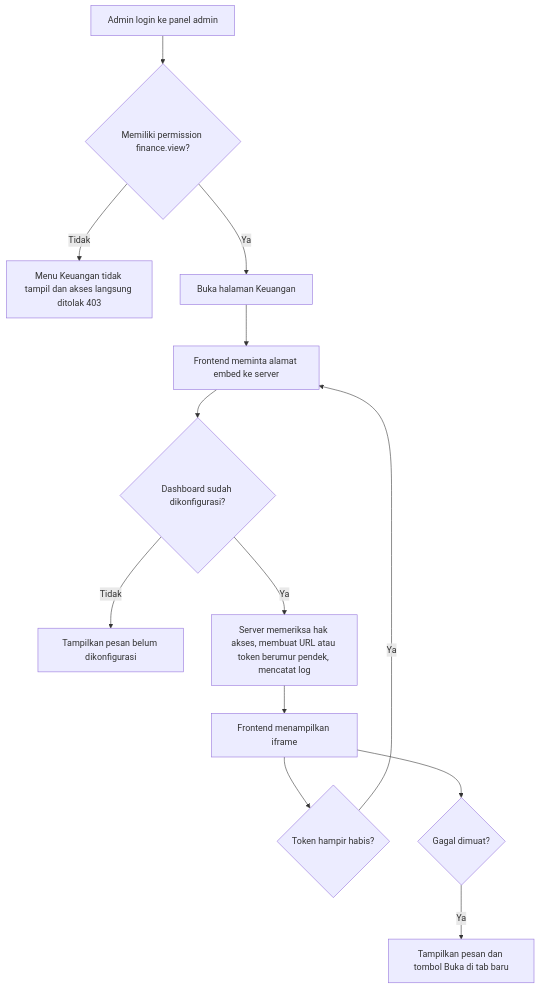
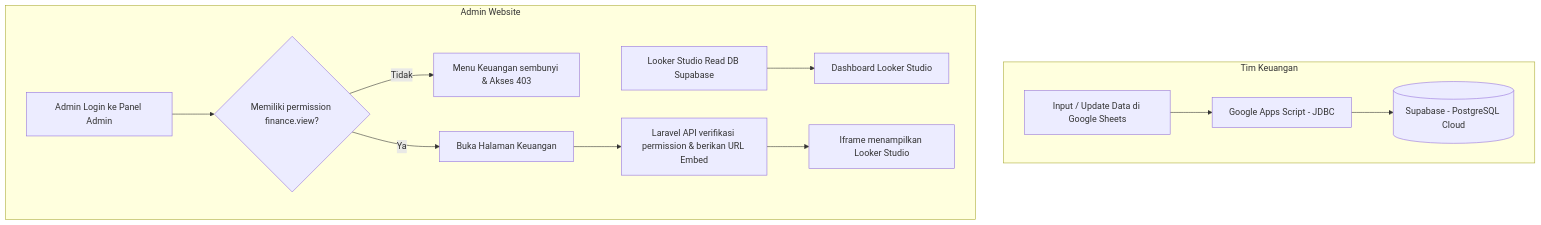
Before and after one commit to muhnazli6804-boop/companyprofile: the first of 2 diagrams in docs/PRD-Website-Yayasan-Padindi.md, drawn with Mermaid. The commit also changed other lines of this file and 4 other files, not shown here.

Commit message:
revisi: penyesuaian penggunaan looker untuk BI dan db menjadi supabase

````diff
--- a/docs/PRD-Website-Yayasan-Padindi.md
+++ b/docs/PRD-Website-Yayasan-Padindi.md
@@ -347,15 +298,16 @@
 ```mermaid
 flowchart TD
-    A[Admin login ke panel admin] --> B{Memiliki permission finance.view?}
-    B -- Tidak --> C[Menu Keuangan tidak tampil dan akses langsung ditolak 403]
-    B -- Ya --> D[Buka halaman Keuangan]
-    D --> E[Frontend meminta alamat embed ke server]
-    E --> F{Dashboard sudah dikonfigurasi?}
-    F -- Tidak --> G[Tampilkan pesan belum dikonfigurasi]
-    F -- Ya --> H[Server memeriksa hak akses, membuat URL atau token berumur pendek, mencatat log]
-    H --> I[Frontend menampilkan iframe]
-    I --> J{Token hampir habis?}
-    J -- Ya --> E
-    I --> K{Gagal dimuat?}
-    K -- Ya --> L[Tampilkan pesan dan tombol Buka di tab baru]
+    subgraph Tim Keuangan
+        A[Input / Update Data di Google Sheets] --> B[Google Apps Script - JDBC]
+        B --> C[(Supabase - PostgreSQL Cloud)]
+    end
+
+    subgraph Admin Website
+        D[Looker Studio Read DB Supabase] --> E[Dashboard Looker Studio]
+        F[Admin Login ke Panel Admin] --> G{Memiliki permission finance.view?}
+        G -- Tidak --> H[Menu Keuangan sembunyi & Akses 403]
+        G -- Ya --> I[Buka Halaman Keuangan]
+        I --> J[Laravel API verifikasi permission & berikan URL Embed]
+        J --> K[Iframe menampilkan Looker Studio]
+    end
 ```
````
